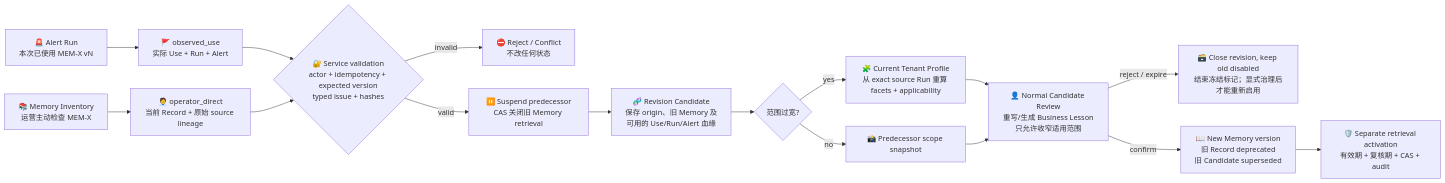
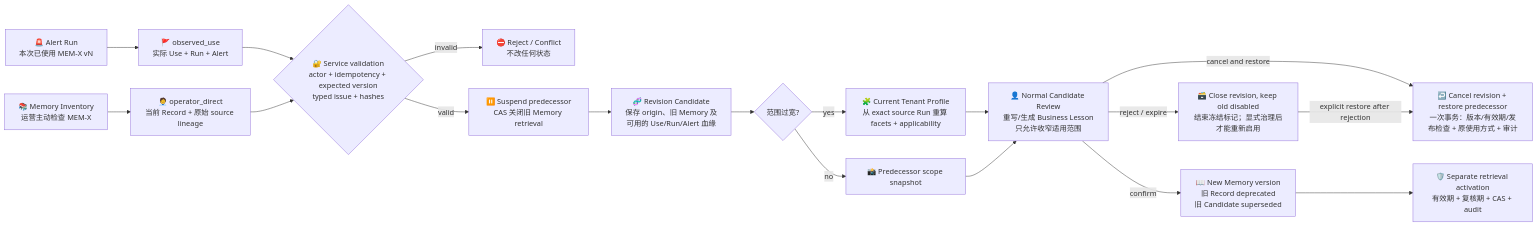
Diagram 17 of 18 in .notes/ai_soc/soc-agent-solution.md (yydspanda/deer-flow), drawn with Mermaid before and after one commit. The commit also changed other lines of this file and 59 other files, not shown here.

````diff
--- a/.notes/ai_soc/soc-agent-solution.md
+++ b/.notes/ai_soc/soc-agent-solution.md
@@ -2053,19 +2065,21 @@
 ```mermaid
 flowchart LR
     A["🚨 Alert Run<br/>本次已使用 MEM-X vN"] --> F["🚩 observed_use<br/>实际 Use + Run + Alert"]
     O["📚 Memory Inventory<br/>运营主动检查 MEM-X"] --> D["🧑‍💼 operator_direct<br/>当前 Record + 原始 source lineage"]
     F --> V{"🔐 Service validation<br/>actor + idempotency + expected version<br/>typed issue + hashes"}
     D --> V
     V -->|invalid| X["⛔ Reject / Conflict<br/>不改任何状态"]
     V -->|valid| S["⏸️ Suspend predecessor<br/>CAS 关闭旧 Memory retrieval"]
     S --> C["🧬 Revision Candidate<br/>保存 origin、旧 Memory 及可用的 Use/Run/Alert 血缘"]
     C --> Q{"范围过宽?"}
     Q -->|yes| P["🧩 Current Tenant Profile<br/>从 exact source Run 重算 facets + applicability"]
     Q -->|no| K["📸 Predecessor scope snapshot"]
     P --> R
     K --> R
     R["👤 Normal Candidate Review<br/>重写/生成 Business Lesson<br/>只允许收窄适用范围"]
     R -->|reject / expire| H["🗃️ Close revision, keep old disabled<br/>结束冻结标记；显式治理后才能重新启用"]
     R -->|confirm| N["📖 New Memory version<br/>旧 Record deprecated<br/>旧 Candidate superseded"]
+    R -->|cancel and restore| B["↩️ Cancel revision + restore predecessor<br/>一次事务：版本/有效期/发布检查 + 原使用方式 + 审计"]
+    H -->|explicit restore after rejection| B
     N --> G["🛡️ Separate retrieval activation<br/>有效期 + 复核期 + CAS + audit"]
 ```
````
